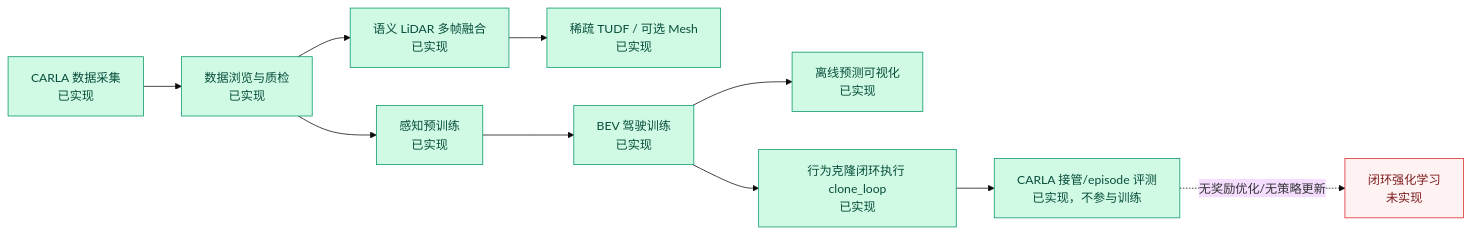
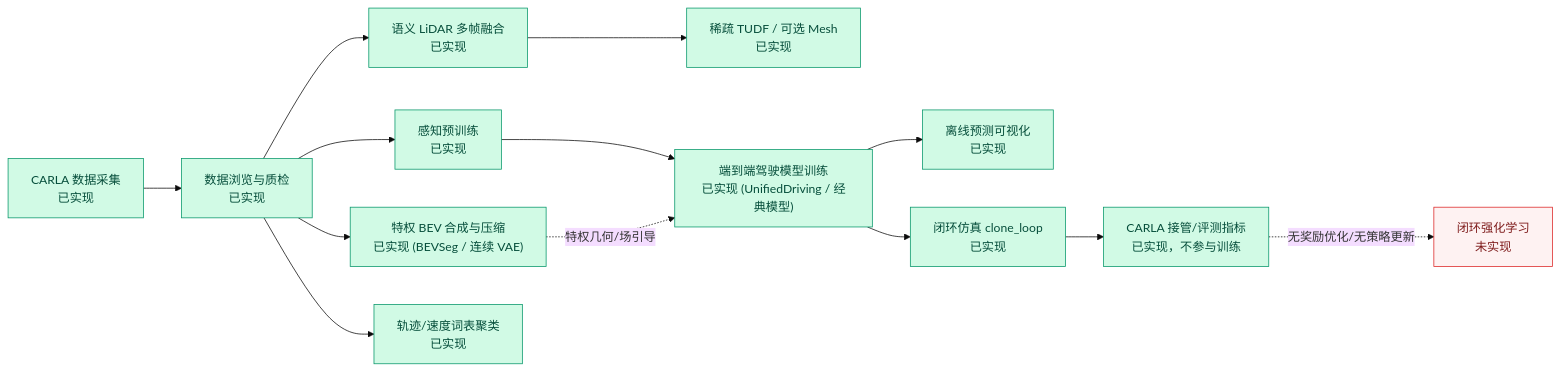
One commit to ByteDriveTeam/ByteDrive-Toy changed the first of 10 diagrams in README.zh-CN.md. Above: the diagram before and after it, drawn with Mermaid (base theme). The commit also changed other lines of this file and 4 other files, not shown here.

Commit message:
refactor: update architecture documentation, driving model, and bilingual project indexes

````diff
--- a/README.zh-CN.md
+++ b/README.zh-CN.md
@@ -109,17 +110,20 @@
 ```mermaid
 flowchart LR
     A["CARLA 数据采集<br/>已实现"] --> B["数据浏览与质检<br/>已实现"]
     B --> C["感知预训练<br/>已实现"]
+    B --> BEV["特权 BEV 合成与压缩<br/>已实现 (BEVSeg / 连续 VAE)"]
     B --> R1["语义 LiDAR 多帧融合<br/>已实现"]
     R1 --> R2["稀疏 TUDF / 可选 Mesh<br/>已实现"]
-    C --> D["BEV 驾驶训练<br/>已实现"]
+    B --> VOC["轨迹/速度词表聚类<br/>已实现"]
+    C --> D["端到端驾驶模型训练<br/>已实现 (UnifiedDriving / 经典模型)"]
+    BEV -.->|"特权几何/场引导"| D
     D --> E["离线预测可视化<br/>已实现"]
-    D --> F["行为克隆闭环执行 clone_loop<br/>已实现"]
-    F --> G["CARLA 接管/episode 评测<br/>已实现，不参与训练"]
+    D --> F["闭环仿真 clone_loop<br/>已实现"]
+    F --> G["CARLA 接管/评测指标<br/>已实现，不参与训练"]
     G -.->|"无奖励优化/无策略更新"| H["闭环强化学习<br/>未实现"]
 
     classDef done fill:#d1fae5,stroke:#059669,color:#064e3b;
     classDef absent fill:#fef2f2,stroke:#dc2626,color:#7f1d1d;
-    class A,B,C,D,E,F,G,R1,R2 done;
+    class A,B,C,BEV,R1,R2,VOC,D,E,F,G done;
     class H absent;
 ```
````
